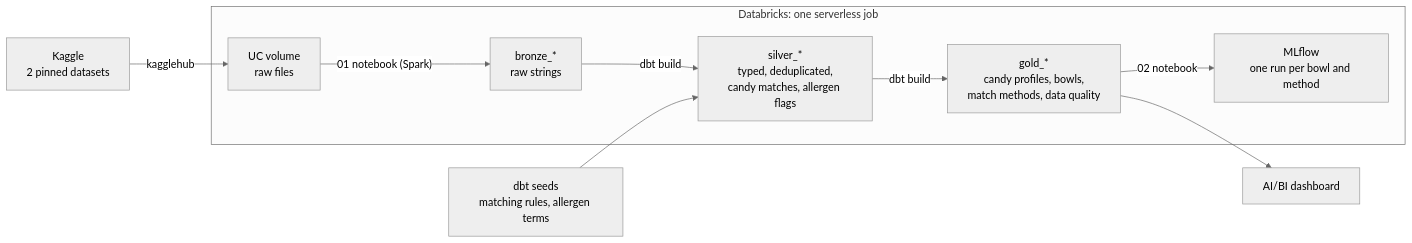
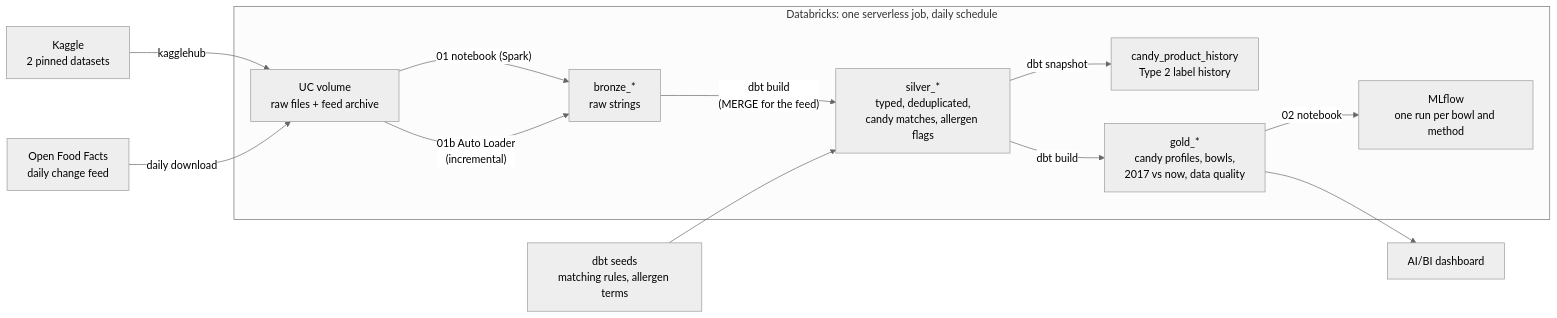
Before and after one commit to kidskoding/candyops: the diagram in README.md, drawn with Mermaid (neutral theme). The commit also changed other lines of this file and 4 other files, not shown here.

````diff
--- a/README.md
+++ b/README.md
@@ -54,12 +77,15 @@
 ```mermaid
 flowchart LR
-  K["Kaggle<br/>2 pinned datasets"] -- "kagglehub" --> V["UC volume<br/>raw files"]
-  subgraph DBX["Databricks: one serverless job"]
+  K["Kaggle<br/>2 pinned datasets"] -- "kagglehub" --> V["UC volume<br/>raw files + feed archive"]
+  F["Open Food Facts<br/>daily change feed"] -- "daily download" --> V
+  subgraph DBX["Databricks: one serverless job, daily schedule"]
     V -- "01 notebook (Spark)" --> B["bronze_*<br/>raw strings"]
-    B -- "dbt build" --> S["silver_*<br/>typed, deduplicated,<br/>candy matches, allergen flags"]
-    S -- "dbt build" --> G["gold_*<br/>candy profiles, bowls,<br/>match methods, data quality"]
+    V -- "01b Auto Loader<br/>(incremental)" --> B
+    B -- "dbt build<br/>(MERGE for the feed)" --> S["silver_*<br/>typed, deduplicated,<br/>candy matches, allergen flags"]
+    S -- "dbt snapshot" --> H["candy_product_history<br/>Type 2 label history"]
+    S -- "dbt build" --> G["gold_*<br/>candy profiles, bowls,<br/>2017 vs now, data quality"]
     G -- "02 notebook" --> M["MLflow<br/>one run per bowl and method"]
   end
   SEED["dbt seeds<br/>matching rules, allergen terms"] --> S
   G --> D["AI/BI dashboard"]
 ```
````
